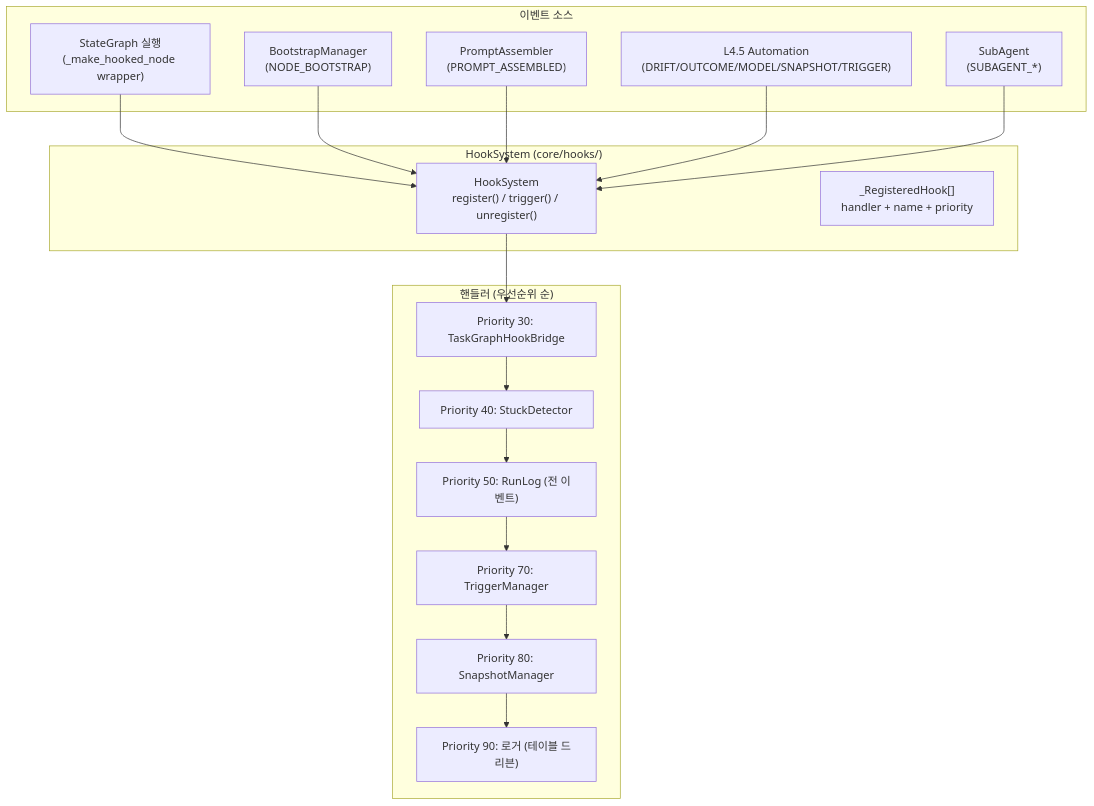
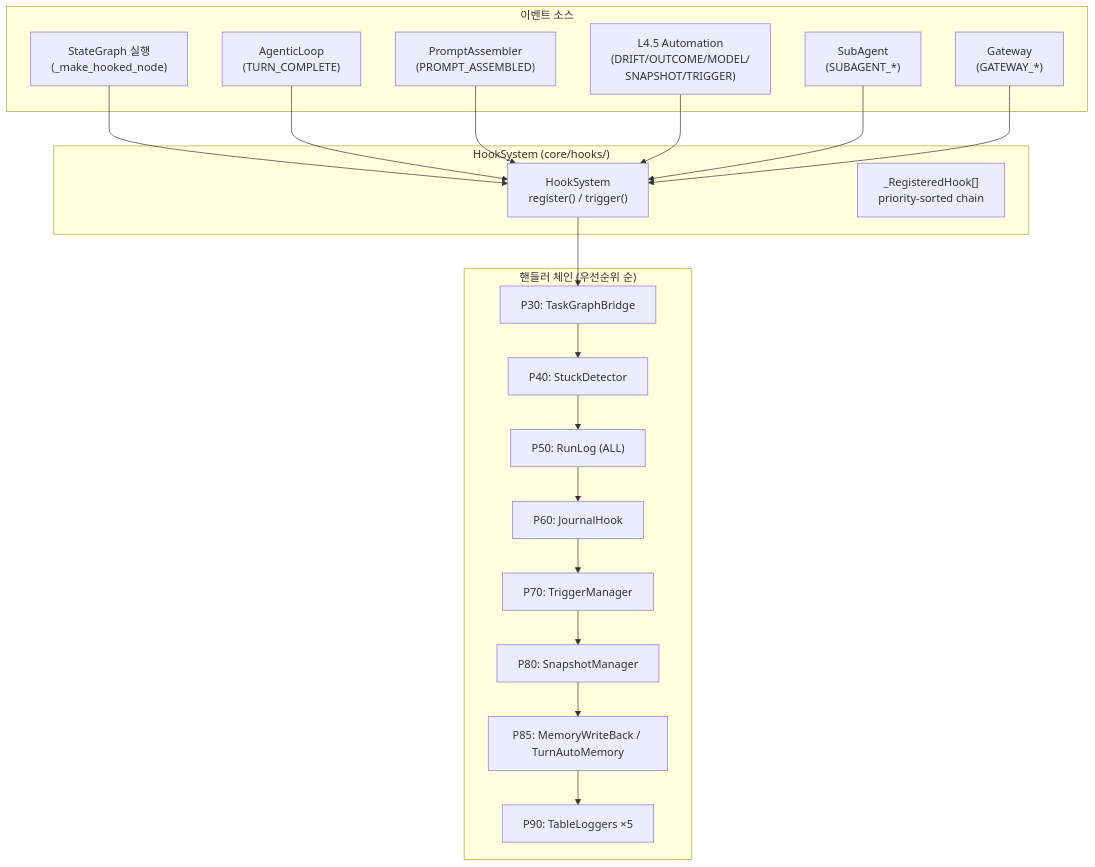
One commit to mangowhoiscloud/geode changed the diagram in docs/architecture/hook-system.md. Above: the diagram before and after it, drawn with Mermaid. The commit also changed other lines of this file and 6 other files, not shown here.

First line of the commit message:
docs: Hook System 성숙도 모델 + 리플 패턴 다이어그램 3종

````diff
--- a/docs/architecture/hook-system.md
+++ b/docs/architecture/hook-system.md
@@ -10,31 +86,35 @@
 ```mermaid
 graph TB
     subgraph "이벤트 소스"
-        SG["StateGraph 실행<br/>(_make_hooked_node wrapper)"]
-        BM["BootstrapManager<br/>(NODE_BOOTSTRAP)"]
+        SG["StateGraph 실행<br/>(_make_hooked_node)"]
+        AL["AgenticLoop<br/>(TURN_COMPLETE)"]
         PA["PromptAssembler<br/>(PROMPT_ASSEMBLED)"]
-        L45["L4.5 Automation<br/>(DRIFT/OUTCOME/MODEL/SNAPSHOT/TRIGGER)"]
+        L45["L4.5 Automation<br/>(DRIFT/OUTCOME/MODEL/<br/>SNAPSHOT/TRIGGER)"]
         SA["SubAgent<br/>(SUBAGENT_*)"]
+        GW["Gateway<br/>(GATEWAY_*)"]
     end
 
     subgraph "HookSystem (core/hooks/)"
-        HS["HookSystem<br/>register() / trigger() / unregister()"]
-        RH["_RegisteredHook[]<br/>handler + name + priority"]
+        HS["HookSystem<br/>register() / trigger()"]
+        RH["_RegisteredHook[]<br/>priority-sorted chain"]
     end
 
-    subgraph "핸들러 (우선순위 순)"
-        P30["Priority 30: TaskGraphHookBridge"]
-        P40["Priority 40: StuckDetector"]
-        P50["Priority 50: RunLog (전 이벤트)"]
-        P70["Priority 70: TriggerManager"]
-        P80["Priority 80: SnapshotManager"]
-        P90["Priority 90: 로거 (테이블 드리븐)"]
+    subgraph "핸들러 체인 (우선순위 순)"
+        P30["P30: TaskGraphBridge"]
+        P40["P40: StuckDetector"]
+        P50["P50: RunLog (ALL)"]
+        P60["P60: JournalHook"]
+        P70["P70: TriggerManager"]
+        P80["P80: SnapshotManager"]
+        P85["P85: MemoryWriteBack / TurnAutoMemory"]
+        P90["P90: TableLoggers ×5"]
     end
 
     SG --> HS
-    BM --> HS
+    AL --> HS
     PA --> HS
     L45 --> HS
     SA --> HS
-    HS --> P30 --> P40 --> P50 --> P70 --> P80 --> P90
+    GW --> HS
+    HS --> P30 --> P40 --> P50 --> P60 --> P70 --> P80 --> P85 --> P90
 ```
````
